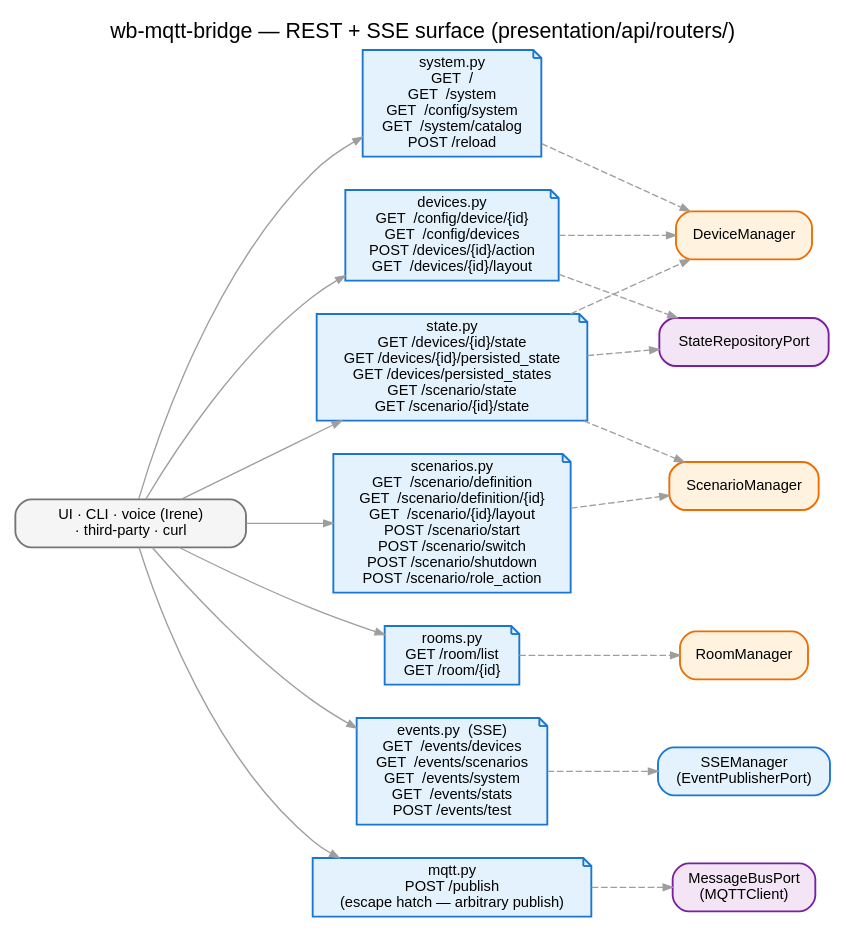
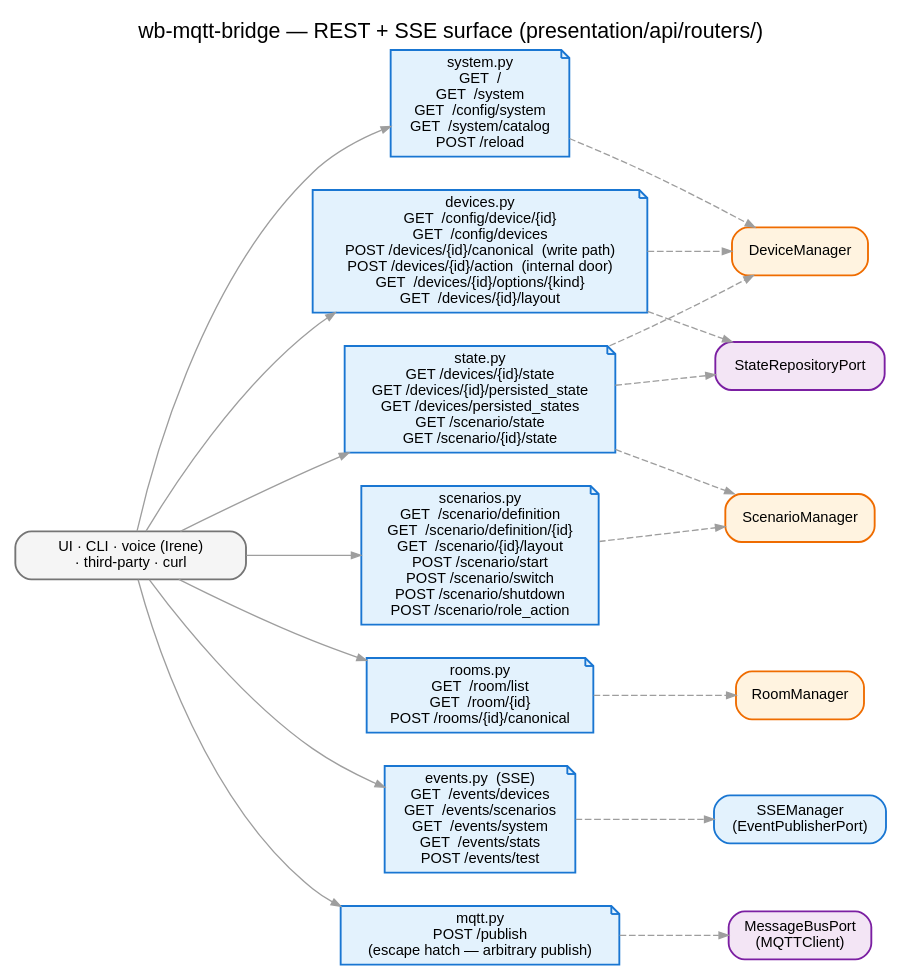
The diagram in docs/images/rest-surface.dot (droman42/wb-mqtt-bridge), drawn with Graphviz before and after one commit. The commit also changed 3 other files, not shown here.

First line of the commit message:
REL-4: regenerate the 2 stale diagrams (canonical-first write path)

```diff
--- a/docs/images/rest-surface.dot
+++ b/docs/images/rest-surface.dot
@@ -1,71 +1,71 @@
 // wb-mqtt-bridge — REST + SSE surface organised by router. Render:
 //   dot -Tpng docs/images/rest-surface.dot -o docs/images/rest-surface.png
 // Palette: see hexagon.dot header.
 digraph rest_surface {
   rankdir=LR;
   bgcolor="white";
   splines=spline;
   nodesep=0.35; ranksep=0.7;
   fontname="Helvetica"; labelloc=t; fontsize=16;
   label="wb-mqtt-bridge — REST + SSE surface (presentation/api/routers/)";
 
   node [fontname="Helvetica", fontsize=11, shape=box, style="filled,rounded", penwidth=1.4];
   edge [fontname="Helvetica", fontsize=9, color="#9e9e9e", arrowsize=0.7];
 
   // --- consumer side ---
   client [label="UI · CLI · voice (Irene)\n· third-party · curl",
           fillcolor="#f5f5f5", color="#757575", shape=box, width=2.4];
 
   // --- the routers ---
   system [shape=note, fillcolor="#e3f2fd", color="#1976d2",
           label="system.py\nGET  /\nGET  /system\nGET  /config/system\nGET  /system/catalog\nPOST /reload"];
 
   devices [shape=note, fillcolor="#e3f2fd", color="#1976d2",
-           label="devices.py\nGET  /config/device/{id}\nGET  /config/devices\nPOST /devices/{id}/action\nGET  /devices/{id}/layout"];
+           label="devices.py\nGET  /config/device/{id}\nGET  /config/devices\nPOST /devices/{id}/canonical  (write path)\nPOST /devices/{id}/action  (internal door)\nGET  /devices/{id}/options/{kind}\nGET  /devices/{id}/layout"];
 
   scenarios [shape=note, fillcolor="#e3f2fd", color="#1976d2",
              label="scenarios.py\nGET  /scenario/definition\nGET  /scenario/definition/{id}\nGET  /scenario/{id}/layout\nPOST /scenario/start\nPOST /scenario/switch\nPOST /scenario/shutdown\nPOST /scenario/role_action"];
 
   rooms [shape=note, fillcolor="#e3f2fd", color="#1976d2",
-         label="rooms.py\nGET /room/list\nGET /room/{id}"];
+         label="rooms.py\nGET  /room/list\nGET  /room/{id}\nPOST /rooms/{id}/canonical"];
 
   state [shape=note, fillcolor="#e3f2fd", color="#1976d2",
          label="state.py\nGET /devices/{id}/state\nGET /devices/{id}/persisted_state\nGET /devices/persisted_states\nGET /scenario/state\nGET /scenario/{id}/state"];
 
   events [shape=note, fillcolor="#e3f2fd", color="#1976d2",
           label="events.py  (SSE)\nGET  /events/devices\nGET  /events/scenarios\nGET  /events/system\nGET  /events/stats\nPOST /events/test"];
 
   mqtt [shape=note, fillcolor="#e3f2fd", color="#1976d2",
         label="mqtt.py\nPOST /publish\n(escape hatch — arbitrary publish)"];
 
   // --- where each router lands behind the port ---
   devmgr   [label="DeviceManager", fillcolor="#fff3e0", color="#ef6c00"];
   scnmgr   [label="ScenarioManager", fillcolor="#fff3e0", color="#ef6c00"];
   roommgr  [label="RoomManager", fillcolor="#fff3e0", color="#ef6c00"];
   store    [label="StateRepositoryPort", fillcolor="#f3e5f5", color="#7b1fa2"];
   ssemgr   [label="SSEManager\n(EventPublisherPort)", fillcolor="#e3f2fd", color="#1976d2"];
   mqttcli  [label="MessageBusPort\n(MQTTClient)", fillcolor="#f3e5f5", color="#7b1fa2"];
 
   // edges: client uses routers; routers call into managers / store / SSE
   client -> system;
   client -> devices;
   client -> scenarios;
   client -> rooms;
   client -> state;
   client -> events;
   client -> mqtt;
 
   system   -> devmgr     [style=dashed];
   devices  -> devmgr     [style=dashed];
   devices  -> store      [style=dashed];
   scenarios -> scnmgr    [style=dashed];
   rooms    -> roommgr    [style=dashed];
   state    -> devmgr     [style=dashed];
   state    -> scnmgr     [style=dashed];
   state    -> store      [style=dashed];
   events   -> ssemgr     [style=dashed];
   mqtt     -> mqttcli    [style=dashed];
 
   {rank=same; system; devices; scenarios; rooms; state; events; mqtt}
   {rank=sink; devmgr; scnmgr; roommgr; store; ssemgr; mqttcli}
 }
```
